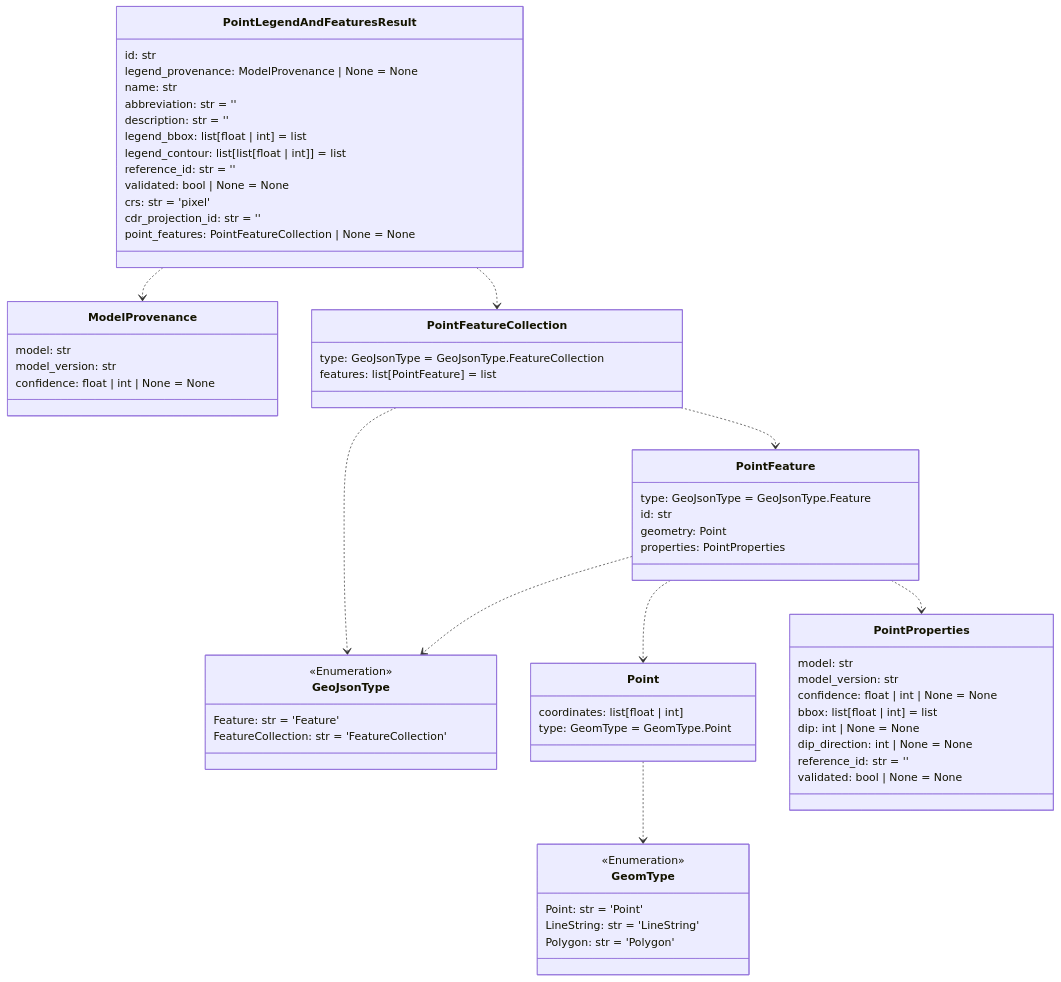
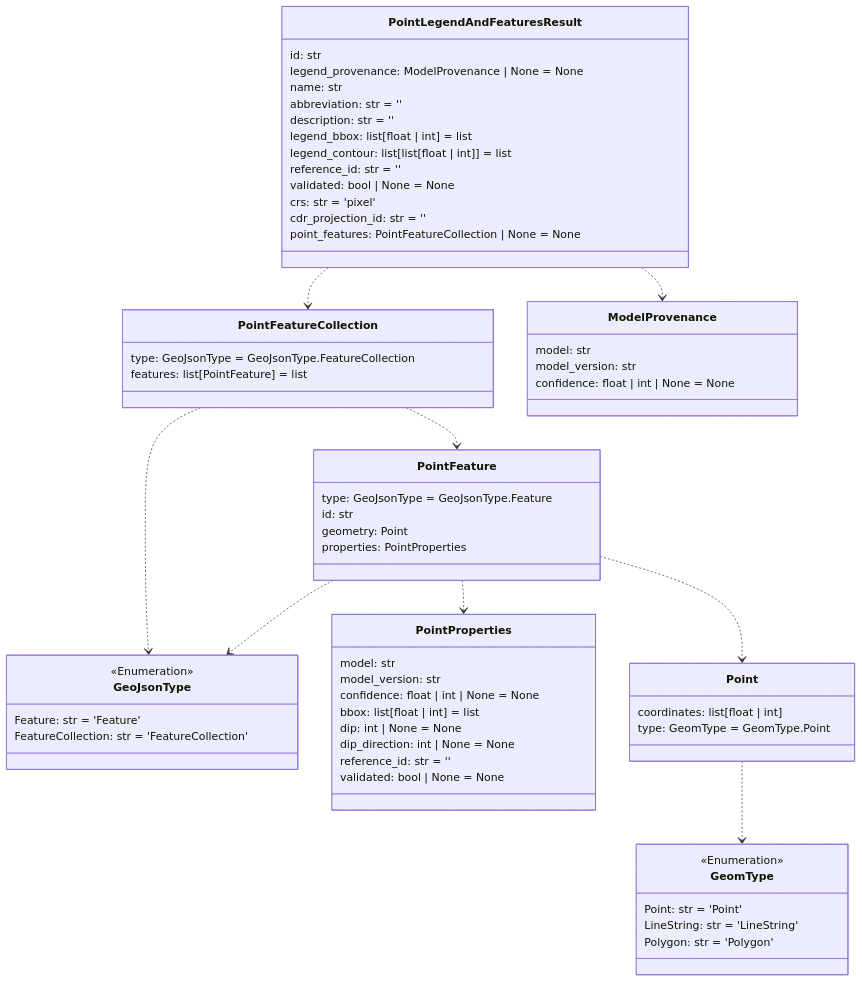
The fifth of 14 diagrams in README.md (DARPA-CRITICALMAAS/cdr_schemas), drawn with Mermaid before and after one commit. The commit also changed other lines of this file and 3 other files, not shown here.

First line of the commit message:
Beak-TA3 BNN and SOM Schema Additions

````diff
--- a/README.md
+++ b/README.md
@@ -368,76 +368,76 @@
 ```mermaid
 classDiagram
-
-    class GeoJsonType {
-        <<Enumeration>>
-        Feature: str = 'Feature'
-        FeatureCollection: str = 'FeatureCollection'
-    }
-
-    class GeomType {
-        <<Enumeration>>
-        Point: str = 'Point'
-        LineString: str = 'LineString'
-        Polygon: str = 'Polygon'
-    }
 
     class PointFeature {
         type: GeoJsonType = GeoJsonType.Feature
         id: str
         geometry: Point
         properties: PointProperties
     }
 
-    class Point {
-        coordinates: list[float | int]
-        type: GeomType = GeomType.Point
+    class PointFeatureCollection {
+        type: GeoJsonType = GeoJsonType.FeatureCollection
+        features: list[PointFeature] = list
+    }
+
+    class GeoJsonType {
+        <<Enumeration>>
+        Feature: str = 'Feature'
+        FeatureCollection: str = 'FeatureCollection'
+    }
+
+    class PointProperties {
+        model: str
+        model_version: str
+        confidence: float | int | None = None
+        bbox: list[float | int] = list
+        dip: int | None = None
+        dip_direction: int | None = None
+        reference_id: str = ''
+        validated: bool | None = None
+    }
+
+    class GeomType {
+        <<Enumeration>>
+        Point: str = 'Point'
+        LineString: str = 'LineString'
+        Polygon: str = 'Polygon'
     }
 
     class PointLegendAndFeaturesResult {
         id: str
         legend_provenance: ModelProvenance | None = None
         name: str
         abbreviation: str = ''
         description: str = ''
         legend_bbox: list[float | int] = list
         legend_contour: list[list[float | int]] = list
         reference_id: str = ''
         validated: bool | None = None
         crs: str = 'pixel'
         cdr_projection_id: str = ''
         point_features: PointFeatureCollection | None = None
     }
 
+    class Point {
+        coordinates: list[float | int]
+        type: GeomType = GeomType.Point
+    }
+
     class ModelProvenance {
         model: str
         model_version: str
         confidence: float | int | None = None
     }
 
-    class PointFeatureCollection {
-        type: GeoJsonType = GeoJsonType.FeatureCollection
-        features: list[PointFeature] = list
-    }
-
-    class PointProperties {
-        model: str
-        model_version: str
-        confidence: float | int | None = None
-        bbox: list[float | int] = list
-        dip: int | None = None
-        dip_direction: int | None = None
-        reference_id: str = ''
-        validated: bool | None = None
-    }
-
     Point ..> GeomType
+    PointFeature ..> PointProperties
     PointFeature ..> Point
-    PointFeature ..> PointProperties
     PointFeature ..> GeoJsonType
     PointFeatureCollection ..> GeoJsonType
     PointFeatureCollection ..> PointFeature
+    PointLegendAndFeaturesResult ..> PointFeatureCollection
     PointLegendAndFeaturesResult ..> ModelProvenance
-    PointLegendAndFeaturesResult ..> PointFeatureCollection
 
 
 ```
````
